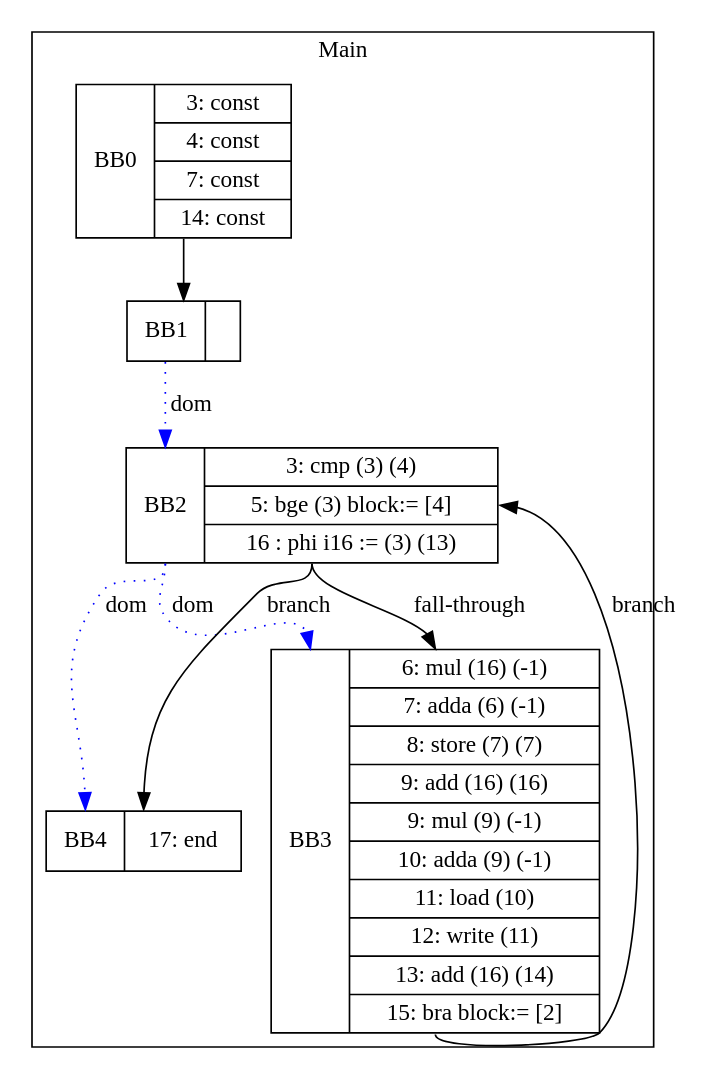
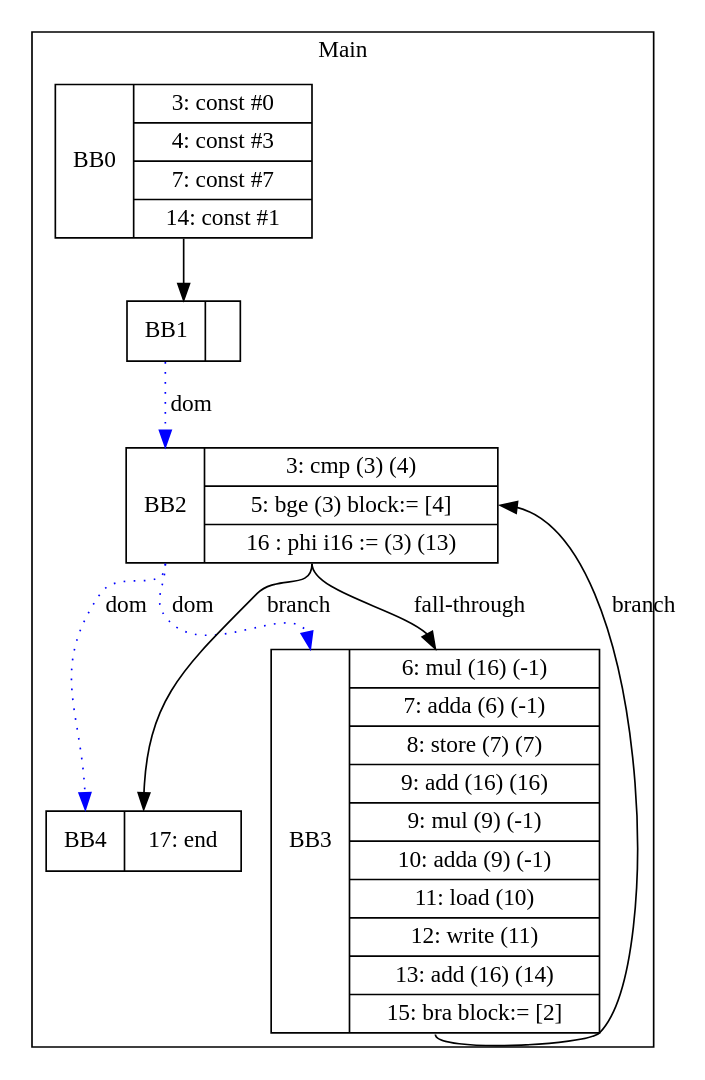
The diagram in visualization/1darray.gv (zjc664656505/UCI-CS241-Advanced-Compiler-main), drawn with Graphviz before and after one commit. The commit also changed 11 other files, not shown here.

```diff
--- a/visualization/1darray.gv
+++ b/visualization/1darray.gv
@@ -1,18 +1,18 @@
 digraph G {
 node [shape=record];
 subgraph cluster_main{
 label = "Main";
-BB0 [shape=record, label="<b>BB0|{3: const|4: const|7: const|14: const}"];
+BB0 [shape=record, label="<b>BB0|{3: const #0|4: const #3|7: const #7|14: const #1}"];
 BB1 [shape=record, label="<b>BB1|}"];
 BB2 [shape=record, label="<b>BB2|{3: cmp (3) (4)|5: bge (3) block:= [4]|16 : phi i16 := (3) (13)}"];
 BB3 [shape=record, label="<b>BB3|{6: mul (16) (-1)|7: adda (6) (-1)|8: store (7) (7)|9: add (16) (16)|9: mul (9) (-1)|10: adda (9) (-1)|11: load (10)|12: write (11)|13: add (16) (14)|15: bra block:= [2]}"];
 BB4 [shape=record, label="<b>BB4|{17: end}"];
 }
 BB0:s -> BB1:n ;
 BB2:b -> BB3:b [color=blue, style=dotted, label="dom"];
 BB2:b -> BB4:b [color=blue, style=dotted, label="dom"];
 BB1:b -> BB2:b [color=blue, style=dotted, label="dom"];
 BB2:s -> BB4:n [label="branch"];
 BB3:s -> BB2:e [label="branch"];
 BB2:s -> BB3:n [label="fall-through"];
 }
```
